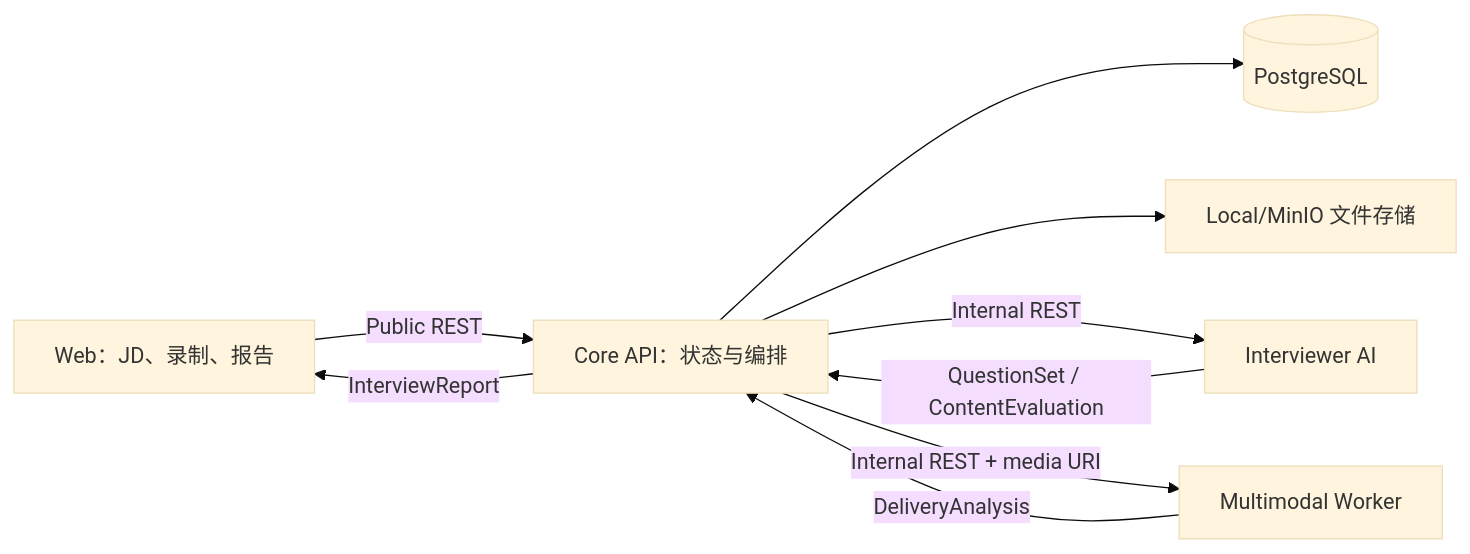
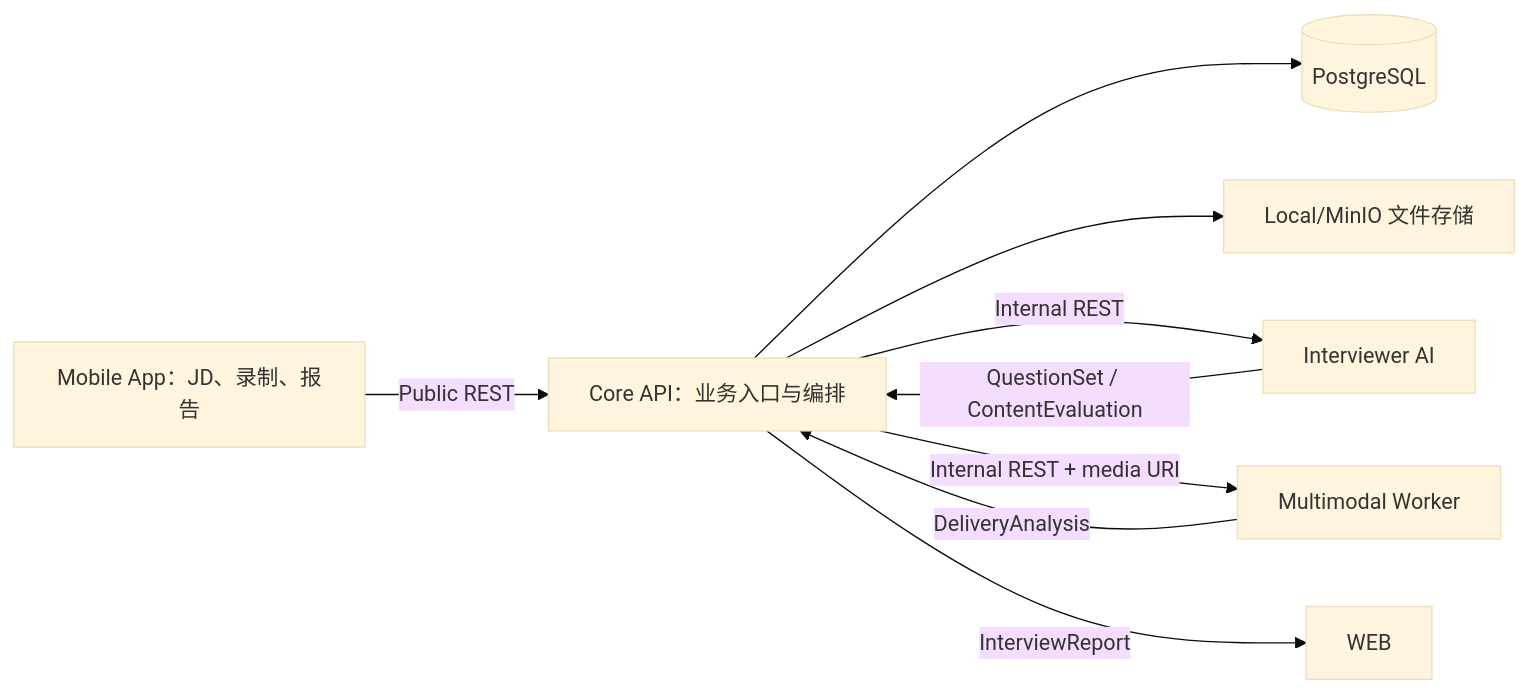
One commit to CheneyNine/InterviewHelper changed the diagram in docs/architecture.md. Above: the diagram before and after it, drawn with Mermaid (base theme). The commit also changed other lines of this file and 14 other files, not shown here.

Commit message:
docs: switch MVP client to mobile app and clarify core api

````diff
--- a/docs/architecture.md
+++ b/docs/architecture.md
@@ -25,11 +25,11 @@
 ```mermaid
 flowchart LR
-    WEB["Web：JD、录制、报告"] -->|Public REST| API["Core API：状态与编排"]
+    APP["Mobile App：JD、录制、报告"] -->|Public REST| API["Core API：业务入口与编排"]
     API --> DB[(PostgreSQL)]
     API --> OBJ["Local/MinIO 文件存储"]
     API -->|Internal REST| LLM["Interviewer AI"]
     API -->|Internal REST + media URI| MM["Multimodal Worker"]
     LLM -->|QuestionSet / ContentEvaluation| API
     MM -->|DeliveryAnalysis| API
     API -->|InterviewReport| WEB
 ```
````
